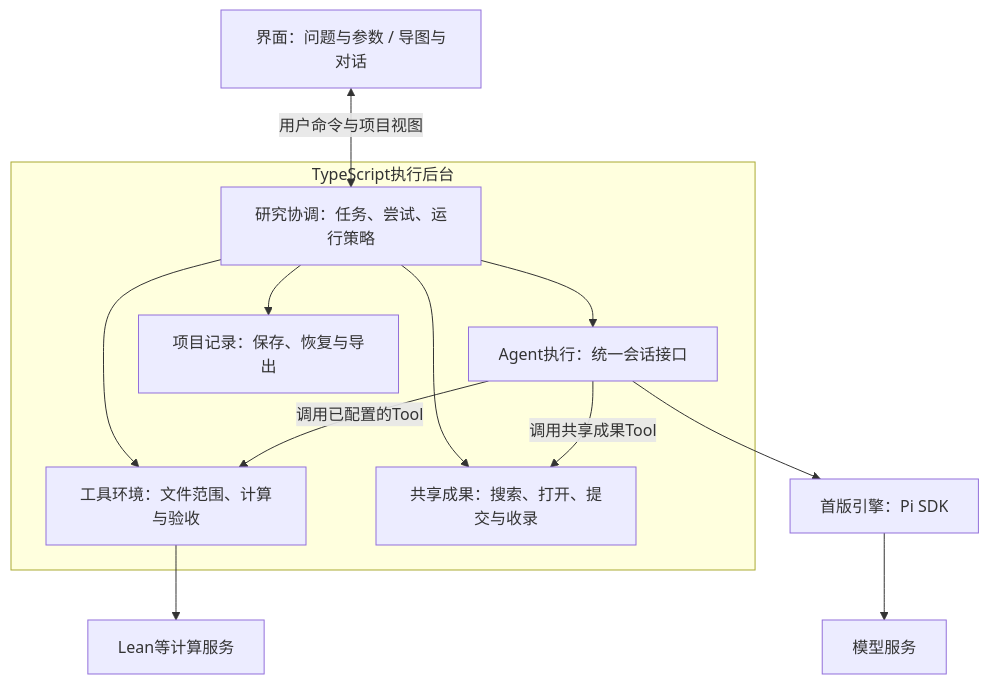
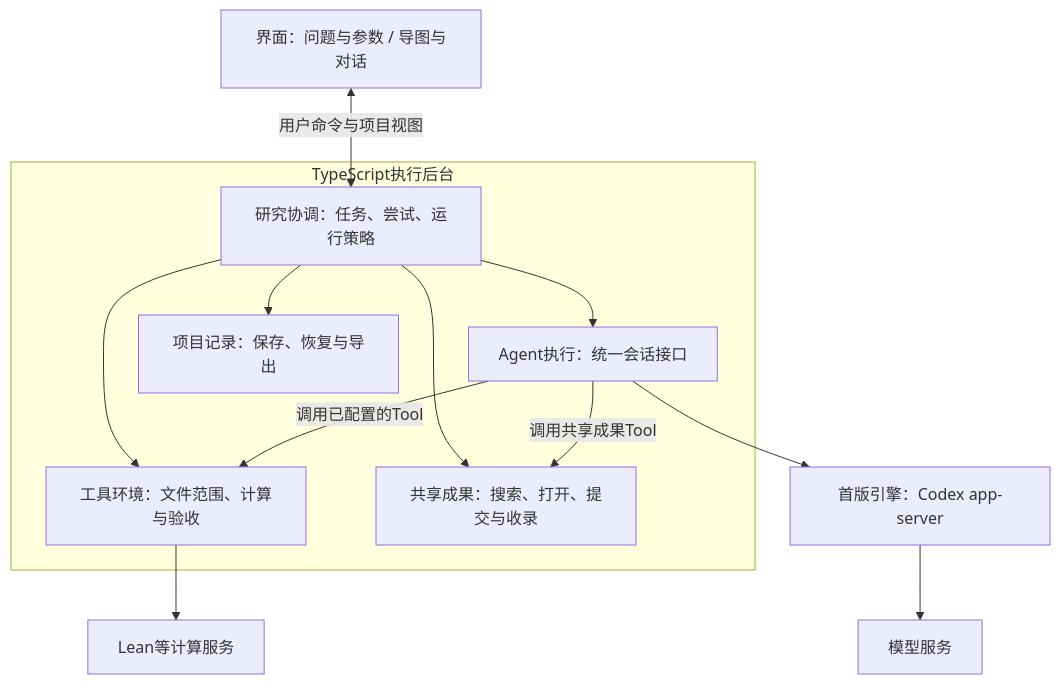
One commit to Vist233/ParrelSolveInstantProblem changed the diagram in docs/architecture.md. Above: the diagram before and after it, drawn with Mermaid. The commit also changed other lines of this file and 9 other files, not shown here.

````diff
--- a/docs/architecture.md
+++ b/docs/architecture.md
@@ -20,21 +20,21 @@
 ```mermaid
 flowchart TB
     UI["界面：问题与参数 / 导图与对话"]
     subgraph Backend["TypeScript执行后台"]
         C["研究协调：任务、尝试、运行策略"]
         A["Agent执行：统一会话接口"]
         T["工具环境：文件范围、计算与验收"]
         K["共享成果：搜索、打开、提交与收录"]
         P["项目记录：保存、恢复与导出"]
         C --> A
         C --> T
         C --> K
         C --> P
         A -->|"调用已配置的Tool"| T
         A -->|"调用共享成果Tool"| K
     end
     UI <-->|"用户命令与项目视图"| C
-    A --> E["首版引擎：Pi SDK"]
+    A --> E["首版引擎：Codex app-server"]
     E --> M["模型服务"]
     T --> X["Lean等计算服务"]
 ```
````
